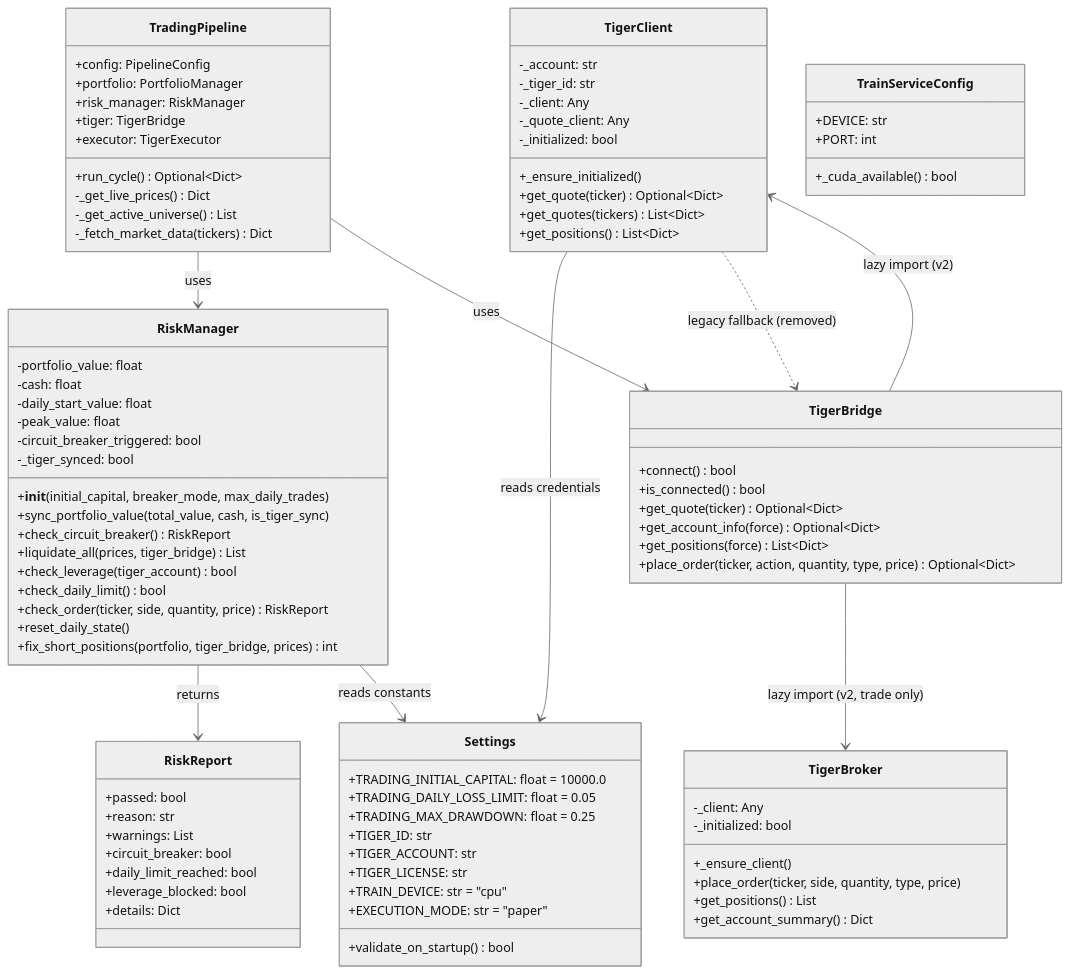
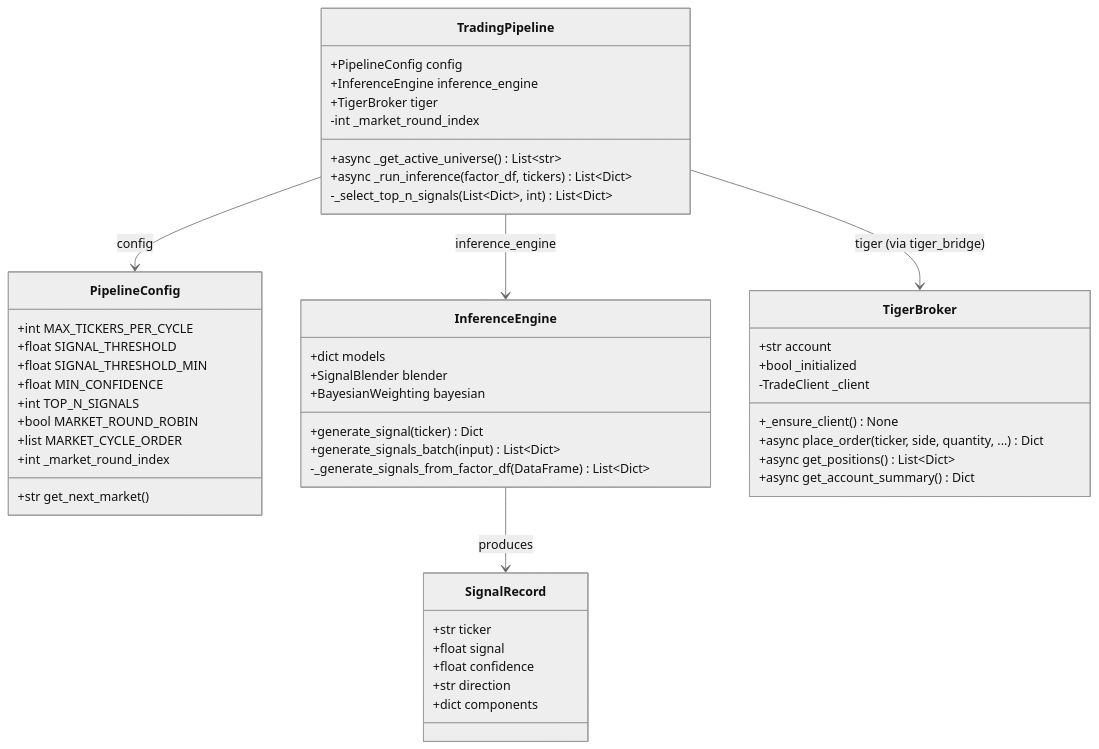
The first of 5 diagrams in docs/system_design.md (AndrewMa1992/quant-ai-trader), drawn with Mermaid (neutral theme) before and after one commit. The commit also changed other lines of this file and 4 other files, not shown here.

Commit message:
feat(T01): pipeline config - top-N signals, market rotation, remove ticker cap

````diff
--- a/docs/system_design.md
+++ b/docs/system_design.md
@@ -127,99 +78,56 @@
 ```mermaid
 classDiagram
-    class Settings {
-        +TRADING_INITIAL_CAPITAL: float = 10000.0
-        +TRADING_DAILY_LOSS_LIMIT: float = 0.05
-        +TRADING_MAX_DRAWDOWN: float = 0.25
-        +TIGER_ID: str
-        +TIGER_ACCOUNT: str
-        +TIGER_LICENSE: str
-        +TRAIN_DEVICE: str = "cpu"
-        +EXECUTION_MODE: str = "paper"
-        +validate_on_startup() bool
+    class PipelineConfig {
+        +int MAX_TICKERS_PER_CYCLE
+        +float SIGNAL_THRESHOLD
+        +float SIGNAL_THRESHOLD_MIN
+        +float MIN_CONFIDENCE
+        +int TOP_N_SIGNALS
+        +bool MARKET_ROUND_ROBIN
+        +list MARKET_CYCLE_ORDER
+        +int _market_round_index
+        +str get_next_market() 
     }
 
-    class RiskManager {
-        -portfolio_value: float
-        -cash: float
-        -daily_start_value: float
-        -peak_value: float
-        -circuit_breaker_triggered: bool
-        -_tiger_synced: bool
-        +__init__(initial_capital, breaker_mode, max_daily_trades)
-        +sync_portfolio_value(total_value, cash, is_tiger_sync)
-        +check_circuit_breaker() RiskReport
-        +liquidate_all(prices, tiger_bridge) List
-        +check_leverage(tiger_account) bool
-        +check_daily_limit() bool
-        +check_order(ticker, side, quantity, price) RiskReport
-        +reset_daily_state()
-        +fix_short_positions(portfolio, tiger_bridge, prices) int
+    class TradingPipeline {
+        +PipelineConfig config
+        +InferenceEngine inference_engine
+        +TigerBroker tiger
+        -int _market_round_index
+        +async _get_active_universe() List~str~
+        +async _run_inference(factor_df, tickers) List~Dict~
+        -_select_top_n_signals(List~Dict~, int) List~Dict~
     }
 
-    class RiskReport {
-        +passed: bool
-        +reason: str
-        +warnings: List
-        +circuit_breaker: bool
-        +daily_limit_reached: bool
-        +leverage_blocked: bool
-        +details: Dict
-    }
-
-    class TigerClient {
-        -_account: str
-        -_tiger_id: str
-        -_client: Any
-        -_quote_client: Any
-        -_initialized: bool
-        +_ensure_initialized()
-        +get_quote(ticker) Optional~Dict~
-        +get_quotes(tickers) List~Dict~
-        +get_positions() List~Dict~
-    }
-
-    class TigerBridge {
-        +connect() bool
-        +is_connected() bool
-        +get_quote(ticker) Optional~Dict~
-        +get_account_info(force) Optional~Dict~
-        +get_positions(force) List~Dict~
-        +place_order(ticker, action, quantity, type, price) Optional~Dict~
+    class InferenceEngine {
+        +dict models
+        +SignalBlender blender
+        +BayesianWeighting bayesian
+        +generate_signal(ticker) Dict
+        +generate_signals_batch(input) List~Dict~
+        -_generate_signals_from_factor_df(DataFrame) List~Dict~
     }
 
     class TigerBroker {
-        -_client: Any
-        -_initialized: bool
-        +_ensure_client()
-        +place_order(ticker, side, quantity, type, price)
-        +get_positions() List
-        +get_account_summary() Dict
+        +str account
+        +bool _initialized
+        -TradeClient _client
+        +_ensure_client() None
+        +async place_order(ticker, side, quantity, ...) Dict
+        +async get_positions() List~Dict~
+        +async get_account_summary() Dict
     }
 
-    class TradingPipeline {
-        +config: PipelineConfig
-        +portfolio: PortfolioManager
-        +risk_manager: RiskManager
-        +tiger: TigerBridge
-        +executor: TigerExecutor
-        +run_cycle() Optional~Dict~
-        -_get_live_prices() Dict
-        -_get_active_universe() List
-        -_fetch_market_data(tickers) Dict
+    class SignalRecord {
+        +str ticker
+        +float signal
+        +float confidence
+        +str direction
+        +dict components
     }
 
-    class TrainServiceConfig {
-        +DEVICE: str
-        +PORT: int
-        +_cuda_available() bool
-    }
-
-    TradingPipeline --> RiskManager : uses
-    TradingPipeline --> TigerBridge : uses
-    TigerBridge --> TigerClient : lazy import (v2)
-    TigerBridge --> TigerBroker : lazy import (v2, trade only)
-    RiskManager --> RiskReport : returns
-    RiskManager --> Settings : reads constants
-    TigerClient --> Settings : reads credentials
-    TigerClient ..> TigerBridge : legacy fallback (removed)
+    TradingPipeline --> PipelineConfig : config
+    TradingPipeline --> InferenceEngine : inference_engine
+    TradingPipeline --> TigerBroker : tiger (via tiger_bridge)
+    InferenceEngine --> SignalRecord : produces
 ```
````
